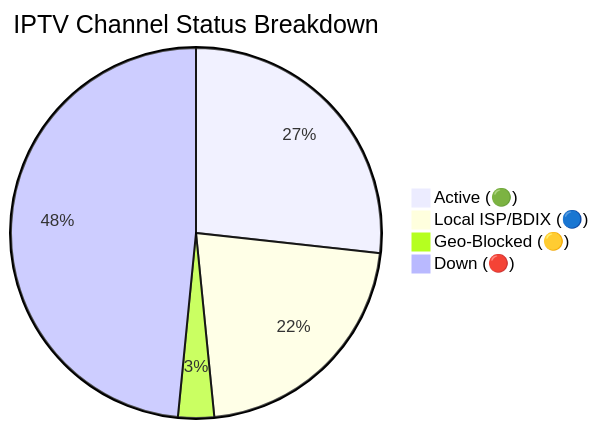
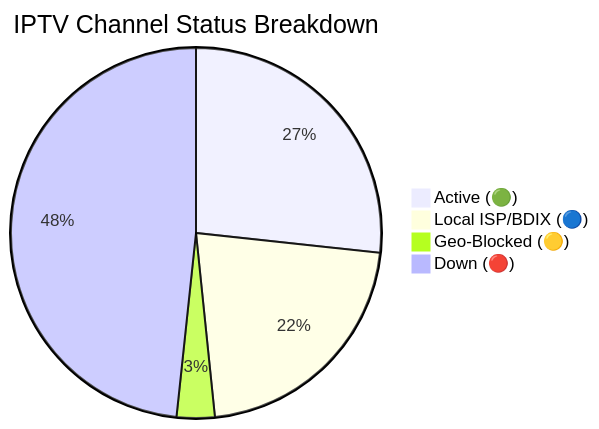
The diagram in README.md (Zaman-Topu/Ip-tv-Collection), drawn with Mermaid before and after one commit. The commit also changed other lines of this file and 3 other files, not shown here.

````diff
--- a/README.md
+++ b/README.md
@@ -72,7 +72,7 @@
 ```mermaid
 pie title IPTV Channel Status Breakdown
-    "Active (🟢)" : 11039
-    "Local ISP/BDIX (🔵)" : 8951
-    "Geo-Blocked (🟡)" : 1298
-    "Down (🔴)" : 19997
+    "Active (🟢)" : 11059
+    "Local ISP/BDIX (🔵)" : 8965
+    "Geo-Blocked (🟡)" : 1373
+    "Down (🔴)" : 20004
 ```
````
